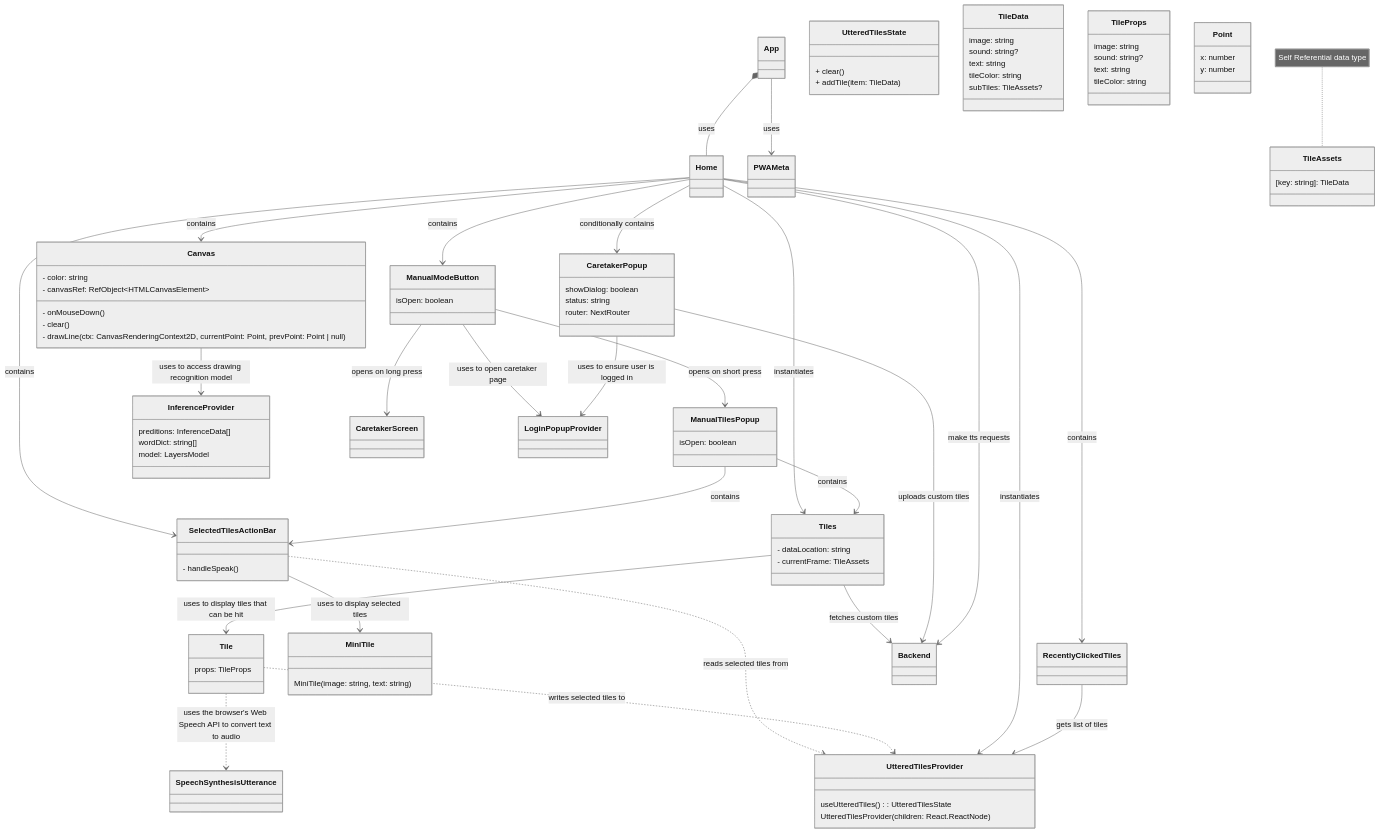
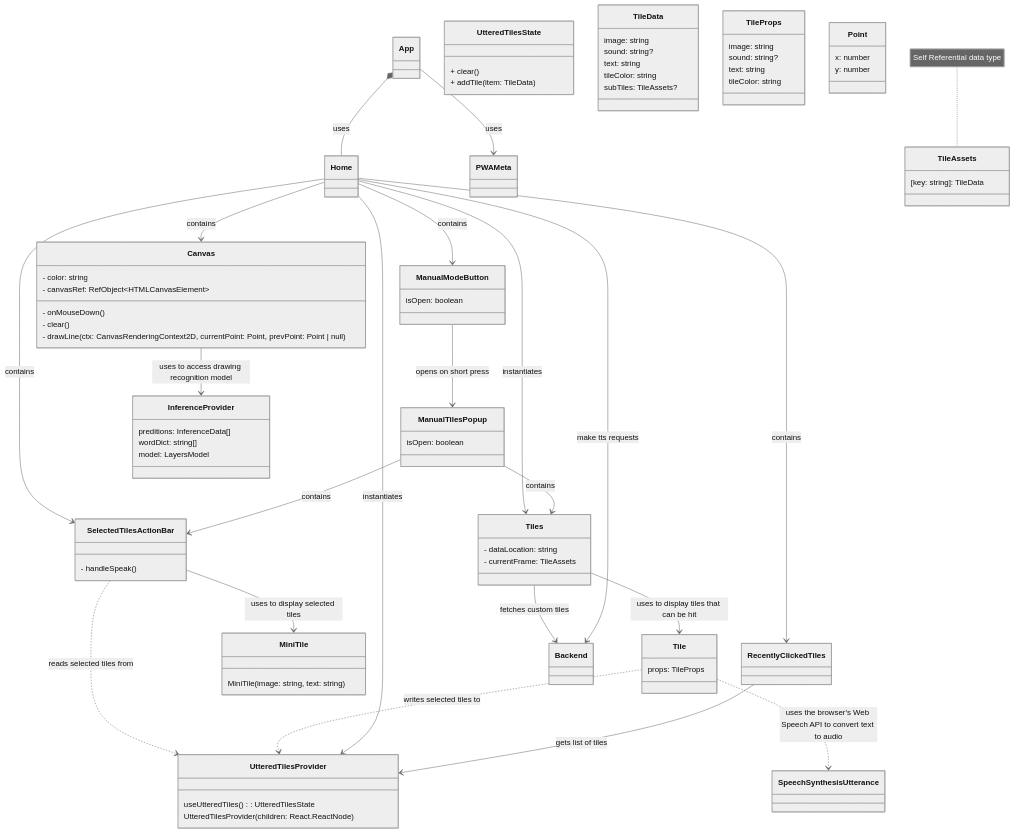
The diagram in smartspeech/documentation/docs/system-architecture/Frontend UML.md (Capstone-Projects-2025-Fall/project-002-highlighting), drawn with Mermaid (neutral theme) before and after one commit. The commit also changed 18 other files, not shown here.

````diff
--- a/smartspeech/documentation/docs/system-architecture/Frontend UML.md
+++ b/smartspeech/documentation/docs/system-architecture/Frontend UML.md
@@ -80,9 +80,6 @@
         MiniTile(image: string, text: string)
     }
 
-    class CaretakerPopup {
-        showDialog: boolean
-    }
 
     class ManualModeButton {
         isOpen: boolean
@@ -90,11 +87,6 @@
 
     class ManualTilesPopup {
         isOpen: boolean
-    }
-
-    class CaretakerPopup {
-        status: string
-        router: NextRouter
     }
 
     class InferenceProvider {
@@ -119,26 +111,20 @@
     Home --> Tiles: instantiates
     Home --> Canvas: contains
     Home --> RecentlyClickedTiles: contains
-    Home --> CaretakerPopup: conditionally contains
     Home --> ManualModeButton: contains
 
     RecentlyClickedTiles --> UtteredTilesProvider: gets list of tiles
 
     ManualModeButton --> ManualTilesPopup: opens on short press
-    ManualModeButton --> CaretakerScreen: opens on long press
-
-    ManualModeButton --> LoginPopupProvider: uses to open caretaker page
 
     ManualTilesPopup --> Tiles: contains
     ManualTilesPopup --> SelectedTilesActionBar: contains
 
-    CaretakerPopup --> LoginPopupProvider: uses to ensure user is logged in
 
     Canvas --> InferenceProvider: uses to access drawing recognition model
 
     Tiles --> Backend: fetches custom tiles
 
-    CaretakerPopup --> Backend: uploads custom tiles
 
     Home --> Backend: make tts requests
 ```
````
